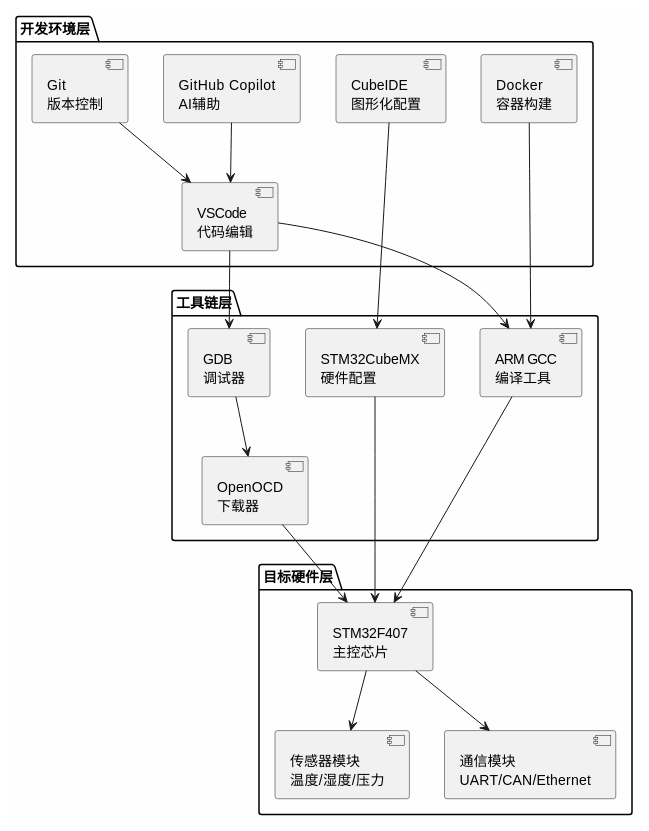
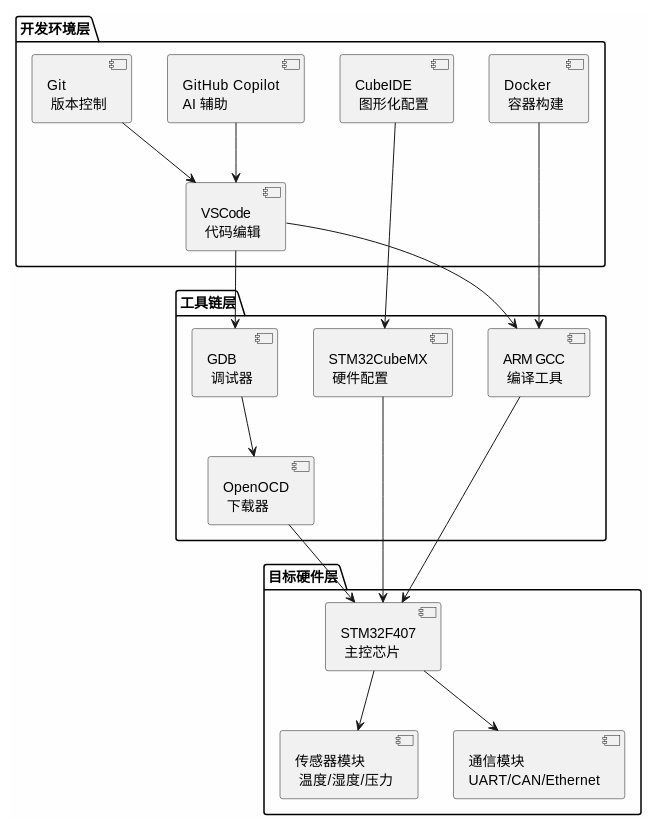
Before and after one commit to Inkyo-007/OA-EPP: the fourth of 4 diagrams in docs/appendix_b.md, drawn with PlantUML. The commit also changed other lines of this file and 5 other files, not shown here.

````diff
--- a/docs/appendix_b.md
+++ b/docs/appendix_b.md
@@ -688,40 +688,40 @@
 ```plantuml
 @startuml
 skinparam backgroundColor #FEFEFE
 
 package "开发环境层" {
-    [CubeIDE\n图形化配置] as cubeide
-    [VSCode\n代码编辑] as vscode
-    [GitHub Copilot\nAI辅助] as copilot
-    [Git\n版本控制] as git
-    [Docker\n容器构建] as docker
+    [CubeIDE\n 图形化配置] as cubeide
+    [VSCode\n 代码编辑] as vscode
+    [GitHub Copilot\nAI 辅助] as copilot
+    [Git\n 版本控制] as git
+    [Docker\n 容器构建] as docker
 }
 
 package "工具链层" {
-    [STM32CubeMX\n硬件配置] as cubemx
-    [ARM GCC\n编译工具] as gcc
-    [GDB\n调试器] as gdb
-    [OpenOCD\n下载器] as openocd
+    [STM32CubeMX\n 硬件配置] as cubemx
+    [ARM GCC\n 编译工具] as gcc
+    [GDB\n 调试器] as gdb
+    [OpenOCD\n 下载器] as openocd
 }
 
 package "目标硬件层" {
-    [STM32F407\n主控芯片] as mcu
-    [传感器模块\n温度/湿度/压力] as sensors
+    [STM32F407\n 主控芯片] as mcu
+    [传感器模块\n 温度/湿度/压力] as sensors
     [通信模块\nUART/CAN/Ethernet] as comm
 }
 
 cubeide --> cubemx
 vscode --> gcc
 vscode --> gdb
 copilot --> vscode
 git --> vscode
 docker --> gcc
 cubemx --> mcu
 gcc --> mcu
 gdb --> openocd
 openocd --> mcu
 mcu --> sensors
 mcu --> comm
 
 @enduml
 ```
````
